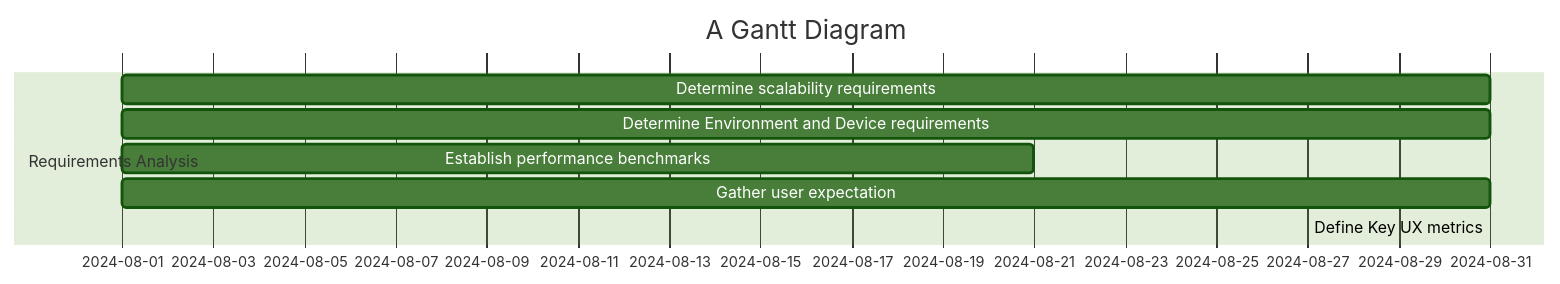
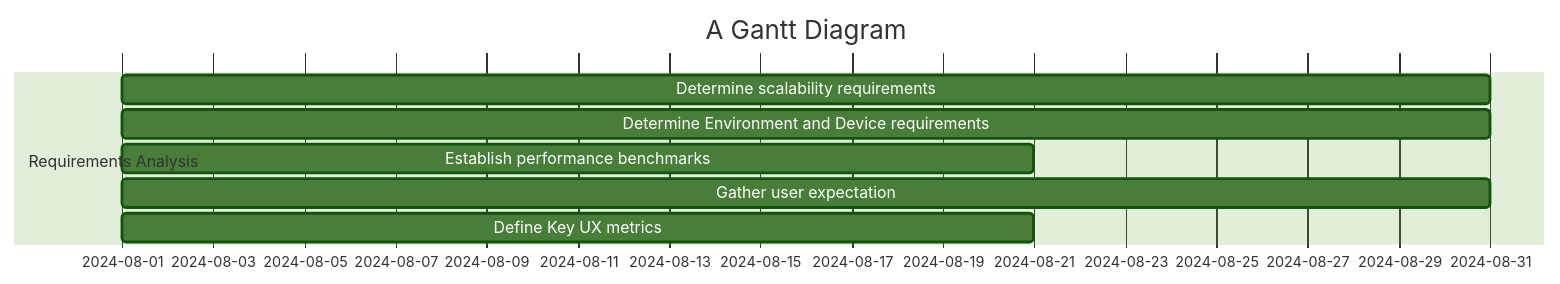
Before and after one commit to sayshelley/iodraw-files: the diagram in all/Untitled-2.md, drawn with Mermaid (forest theme).

Commit message:
2024-10-04 23:48:59 update

````diff
--- a/all/Untitled-2.md
+++ b/all/Untitled-2.md
@@ -1,21 +1,21 @@
 ```mermaid
 gantt
     title A Gantt Diagram
     dateFormat  YYYY-MM-DD
     section Requirements Analysis
         Determine scalability requirements: a1, 2024-08-01, 30d
         Determine Environment and Device requirements: a2, 2024-08-01, 30d
         Establish performance benchmarks: a3, 2024-08-01, 20d
         Gather user expectation: a4, 2024-08-01, 30d
-        Define Key UX metrics:. 
+        Define Key UX metrics: a5, 2024-08-01, 20d
         
     section Design
 
     section Develop
 
 
     
 
 
    
 ```
````
